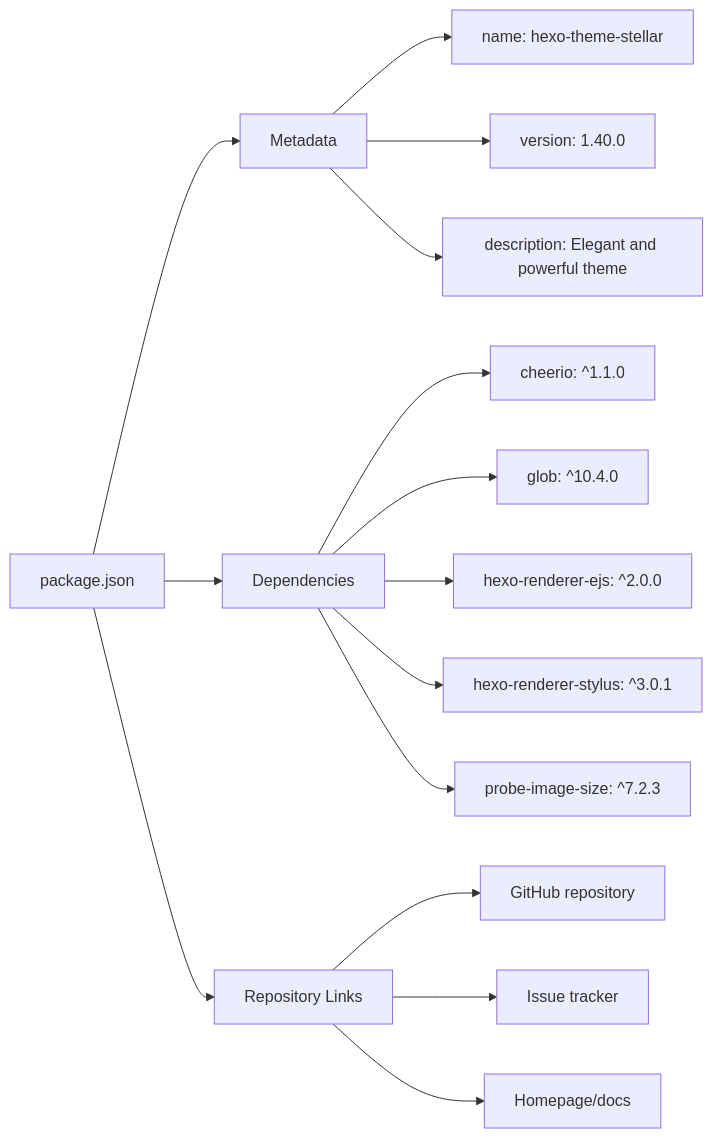
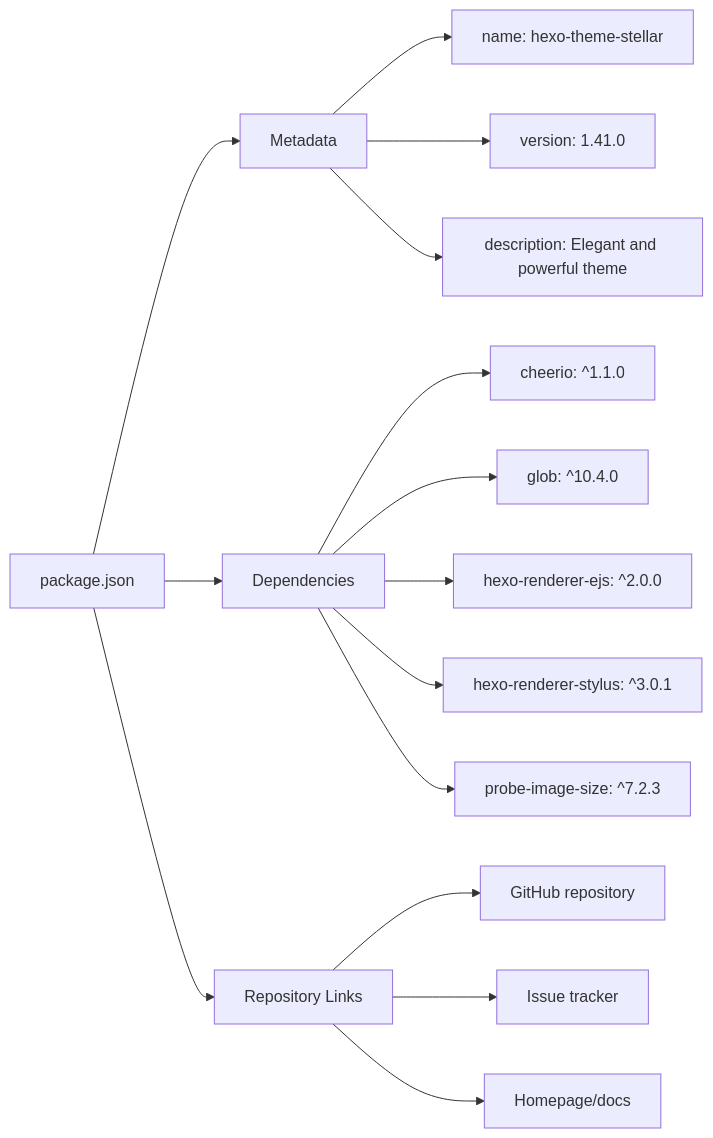
One commit to penndu/hexo changed the second of 5 diagrams in themes/stellar/docs/knowledge/00-总览与安装配置/installation.md. Above: the diagram before and after it, drawn with Mermaid. The commit also changed other lines of this file and 84 other files, not shown here.

````diff
--- a/themes/stellar/docs/knowledge/00-总览与安装配置/installation.md
+++ b/themes/stellar/docs/knowledge/00-总览与安装配置/installation.md
@@ -124,25 +124,25 @@
 ```mermaid
 graph LR
     PKG["package.json"]
     META["Metadata"]
     DEPS["Dependencies"]
     REPO["Repository Links"]
     
     PKG --> META
     PKG --> DEPS
     PKG --> REPO
     
     META --> NAME["name: hexo-theme-stellar"]
-    META --> VER["version: 1.40.0"]
+    META --> VER["version: 1.41.0"]
     META --> DESC["description: Elegant and powerful theme"]
     
     DEPS --> CHEERIO["cheerio: ^1.1.0"]
     DEPS --> GLOB["glob: ^10.4.0"]
     DEPS --> EJS["hexo-renderer-ejs: ^2.0.0"]
     DEPS --> STYLUS["hexo-renderer-stylus: ^3.0.1"]
     DEPS --> PROBE["probe-image-size: ^7.2.3"]
     
     REPO --> GIT["GitHub repository"]
     REPO --> ISSUES["Issue tracker"]
     REPO --> HOME["Homepage/docs"]
 ```
````
